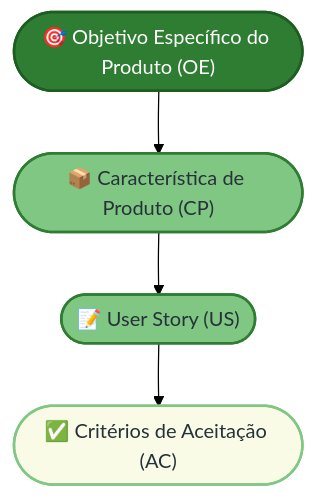
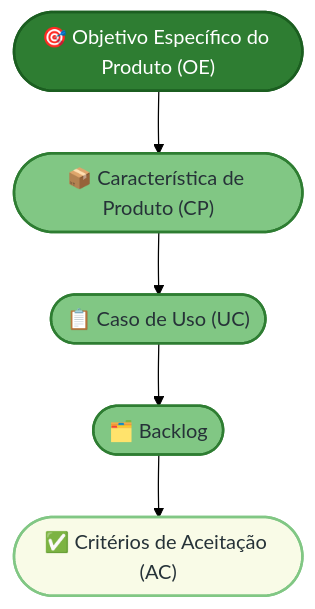
The first of 2 diagrams in docs/criterios/acs-e-okrs.md (mdsreq-fga-unb/REQ-2026.1-T01-EcoQuest), drawn with Mermaid (forest theme) before and after one commit. The commit also changed other lines of this file and 2 other files, not shown here.

Commit message:
Refinamento de critérios de dor e dod

````diff
--- a/docs/criterios/acs-e-okrs.md
+++ b/docs/criterios/acs-e-okrs.md
@@ -25,17 +25,15 @@
 ```mermaid
 flowchart TD
-    %% 1. Estrutura de Nós e Conexões
     A(["🎯 Objetivo Específico do Produto (OE)"]) --> B(["📦 Característica de Produto (CP)"])
-    B --> C(["📝 User Story (US)"])
-    C --> D(["✅ Critérios de Aceitação (AC)"])
+    B --> C(["📋 Caso de Uso (UC)"])
+    C --> D(["🗂️ Backlog"])
+    D --> E(["✅ Critérios de Aceitação (AC)"])
 
-    %% 2. Aplicação de Classes
+    classDef objetivo fill:#2E7D32,stroke:#1b5e20,stroke-width:2px,color:#fff
+    classDef execucao fill:#81C784,stroke:#2E7D32,stroke-width:2px,color:#263238
+    classDef gate fill:#F9FBE7,stroke:#81C784,stroke-width:2px,color:#263238
+
     class A objetivo
-    class B,C execucao
-    class D gate
-
-    %% 3. Definição de Estilos
-    classDef objetivo fill:#2E7D32,stroke:#1b5e20,stroke-width:2px,color:#fff
-    classDef gate fill:#F9FBE7,stroke:#81C784,stroke-width:2px,color:#263238
-    classDef execucao fill:#81C784,stroke:#2E7D32,stroke-width:2px,color:#263238
+    class B,C,D execucao
+    class E gate
 ```
````
